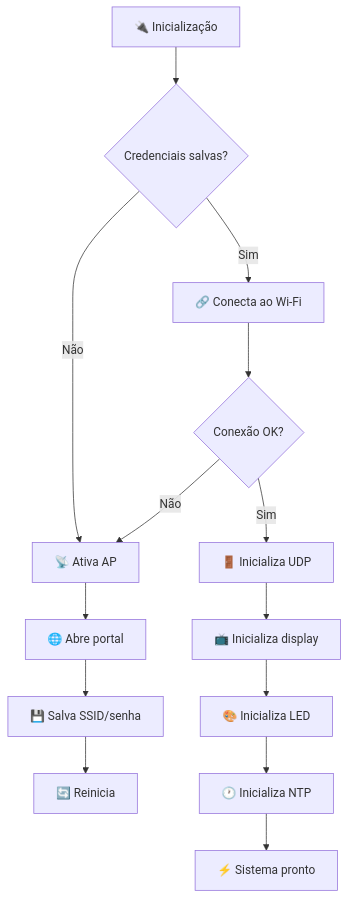
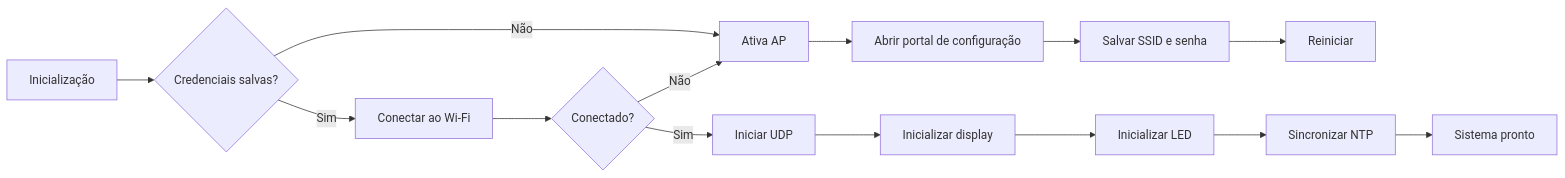
Before and after one commit to paulocfmarques-collab/esp32_wifi: the second of 2 diagrams in README.md, drawn with Mermaid. The commit also changed other lines of this file, not shown here.

````diff
--- a/README.md
+++ b/README.md
@@ -165,16 +64,16 @@
 ```mermaid
-flowchart TD
-    A[🔌 Inicialização] --> B{Credenciais salvas?}
-    B -->|Não| C[📡 Ativa AP]
-    C --> D[🌐 Abre portal]
-    D --> E[💾 Salva SSID/senha]
-    E --> F[🔄 Reinicia]
-    B -->|Sim| G[🔗 Conecta ao Wi‑Fi]
-    G --> H{Conexão OK?}
-    H -->|Não| C
-    H -->|Sim| I[🚪 Inicializa UDP]
-    I --> J[📺 Inicializa display]
-    J --> K[🎨 Inicializa LED]
-    K --> L[🕐 Inicializa NTP]
-    L --> M[⚡ Sistema pronto]
+flowchart LR
+    A[Inicialização] --> B{Credenciais salvas?}
+    B -- Não --> C[Ativa AP]
+    C --> D[Abrir portal de configuração]
+    D --> E[Salvar SSID e senha]
+    E --> F[Reiniciar]
+    B -- Sim --> G[Conectar ao Wi‑Fi]
+    G --> H{Conectado?}
+    H -- Não --> C
+    H -- Sim --> I[Iniciar UDP]
+    I --> J[Inicializar display]
+    J --> K[Inicializar LED]
+    K --> L[Sincronizar NTP]
+    L --> M[Sistema pronto]
 ```
````
